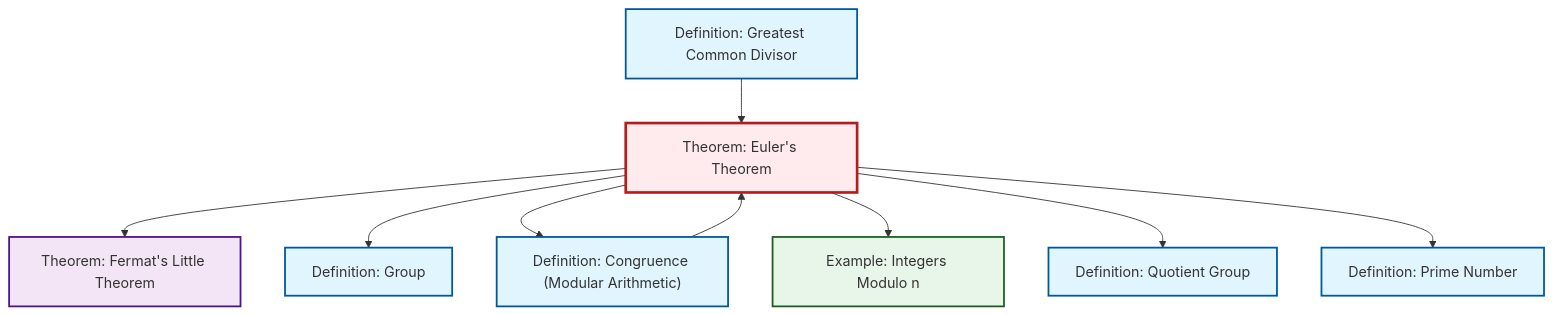
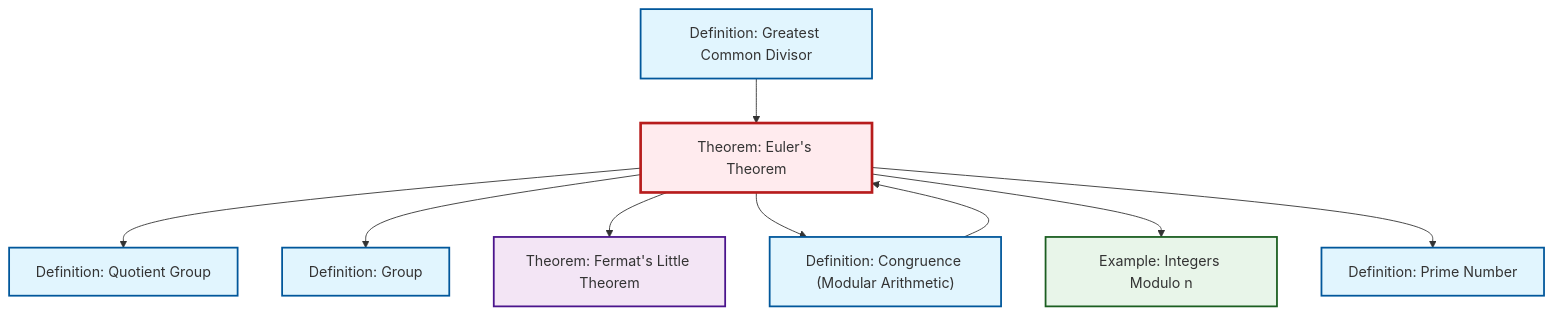
One commit to RK0429/ModernMath changed the diagram in content/en/number-theory/thm-euler.qmd. Above: the diagram before and after it, drawn with Mermaid. The commit also changed other lines of this file and 654 other files, not shown here.

````diff
--- a/content/en/number-theory/thm-euler.qmd
+++ b/content/en/number-theory/thm-euler.qmd
@@ -53,33 +53,33 @@
 ```{mermaid}
 %%| fig-cap: "Local dependency graph"
 graph TD
     classDef definition fill:#e1f5fe,stroke:#01579b,stroke-width:2px
     classDef theorem fill:#f3e5f5,stroke:#4a148c,stroke-width:2px
     classDef axiom fill:#fff3e0,stroke:#e65100,stroke-width:2px
     classDef example fill:#e8f5e9,stroke:#1b5e20,stroke-width:2px
     classDef current fill:#ffebee,stroke:#b71c1c,stroke-width:3px
+    thm-fermat-little["Theorem: Fermat's Little Theorem"]:::theorem
+    def-gcd["Definition: Greatest Common Divisor"]:::definition
     def-group["Definition: Group"]:::definition
-    def-gcd["Definition: Greatest Common Divisor"]:::definition
+    def-quotient-group["Definition: Quotient Group"]:::definition
     thm-euler["Theorem: Euler's Theorem"]:::theorem
-    thm-fermat-little["Theorem: Fermat's Little Theorem"]:::theorem
-    def-quotient-group["Definition: Quotient Group"]:::definition
+    def-prime["Definition: Prime Number"]:::definition
     def-congruence["Definition: Congruence (Modular Arithmetic)"]:::definition
     ex-quotient-integers-mod-n["Example: Integers Modulo n"]:::example
-    def-prime["Definition: Prime Number"]:::definition
+    thm-euler --> def-quotient-group
+    def-congruence --> thm-euler
+    thm-euler --> def-group
     thm-euler --> thm-fermat-little
-    thm-euler --> def-group
     thm-euler --> def-congruence
     thm-euler --> ex-quotient-integers-mod-n
+    thm-euler --> def-prime
     def-gcd --> thm-euler
-    thm-euler --> def-quotient-group
-    thm-euler --> def-prime
-    def-congruence --> thm-euler
     class thm-euler current
+    click thm-fermat-little "thm-fermat-little.html" "Go to Fermat's Little Theorem theorem"
+    click def-gcd "def-gcd.html" "Go to Greatest Common Divisor definition"
     click def-group "def-group.html" "Go to Group definition"
-    click def-gcd "def-gcd.html" "Go to Greatest Common Divisor definition"
-    click thm-fermat-little "thm-fermat-little.html" "Go to Fermat's Little Theorem theorem"
     click def-quotient-group "def-quotient-group.html" "Go to Quotient Group definition"
+    click def-prime "def-prime.html" "Go to Prime Number definition"
     click def-congruence "def-congruence.html" "Go to Congruence (Modular Arithmetic) definition"
     click ex-quotient-integers-mod-n "ex-quotient-integers-mod-n.html" "Go to Integers Modulo n example"
-    click def-prime "def-prime.html" "Go to Prime Number definition"
 ```
````
